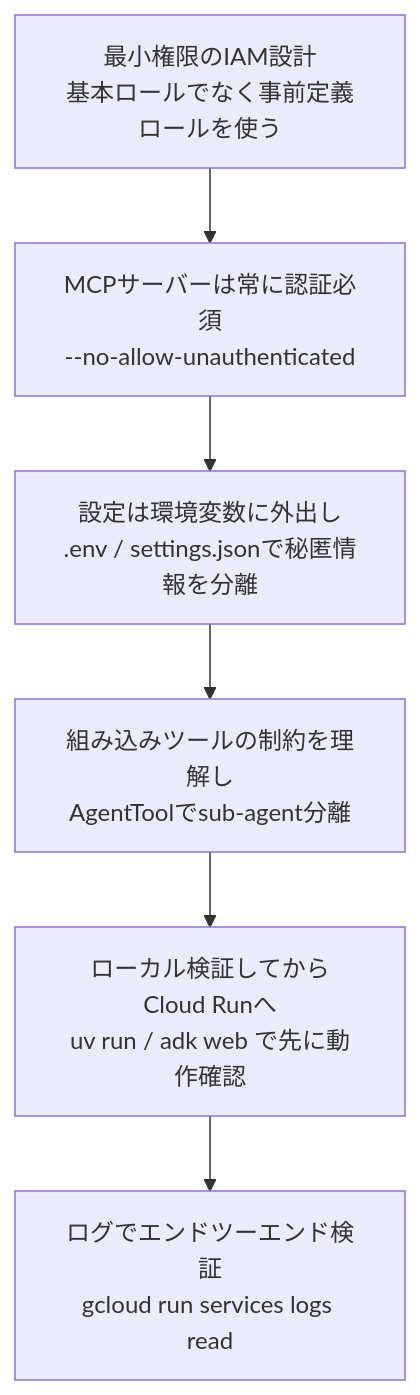
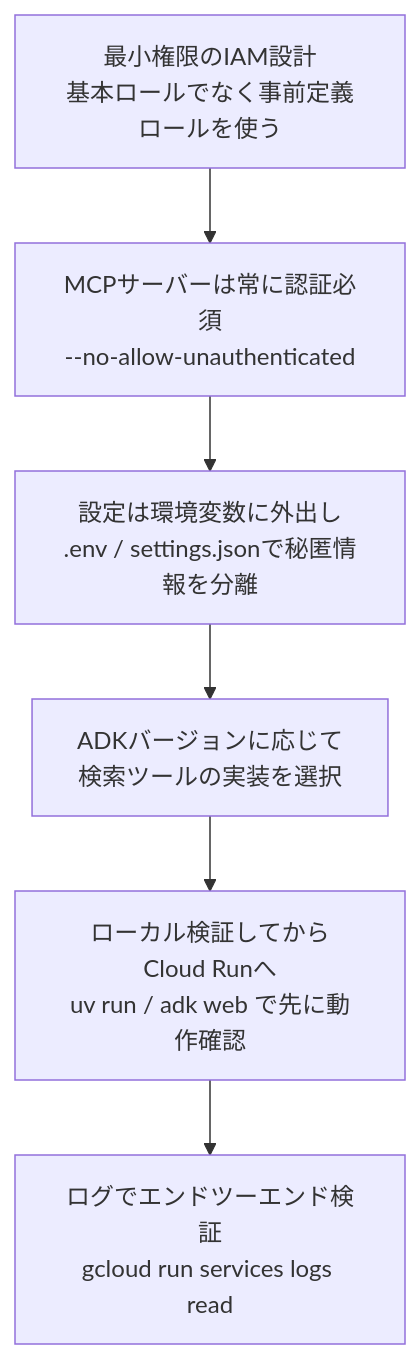
Before and after one commit to myoshi2891/Cloud-Infrastructure-Studies: the sixth of 6 diagrams in Zoo-tour-guide-mcp-adk-challenge-lab-guide.md, drawn with Mermaid. The commit also changed other lines of this file, not shown here.

````diff
--- a/Zoo-tour-guide-mcp-adk-challenge-lab-guide.md
+++ b/Zoo-tour-guide-mcp-adk-challenge-lab-guide.md
@@ -438,11 +508,11 @@
 ```mermaid
 flowchart TB
     A["最小権限のIAM設計<br/>基本ロールでなく事前定義ロールを使う"]
     B["MCPサーバーは常に認証必須<br/>--no-allow-unauthenticated"]
     C["設定は環境変数に外出し<br/>.env / settings.jsonで秘匿情報を分離"]
-    D["組み込みツールの制約を理解し<br/>AgentToolでsub-agent分離"]
+    D["ADKバージョンに応じて<br/>検索ツールの実装を選択"]
     E["ローカル検証してからCloud Runへ<br/>uv run / adk web で先に動作確認"]
     F["ログでエンドツーエンド検証<br/>gcloud run services logs read"]
 
     A --> B --> C --> D --> E --> F
 ```
````
